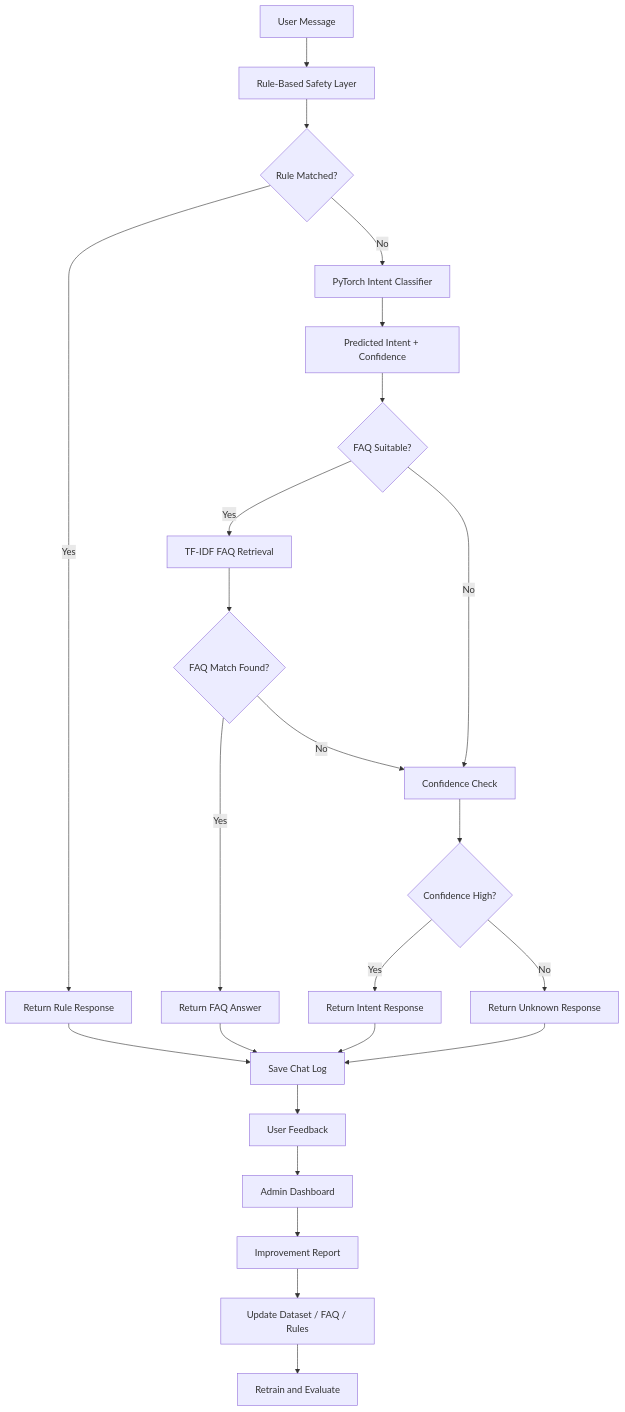
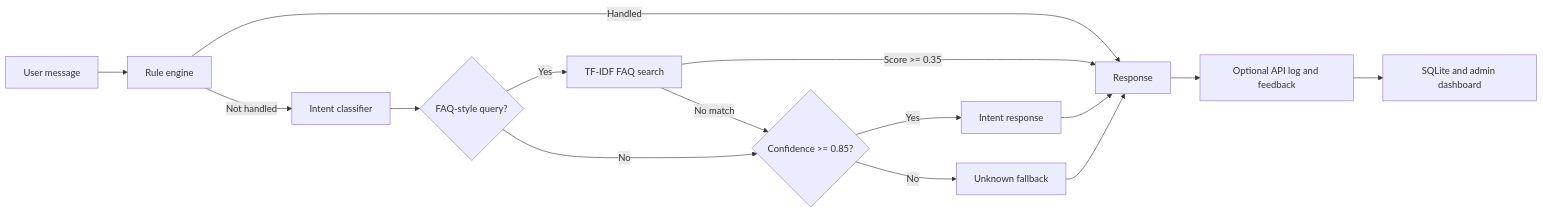
One commit to falsii/NLP-chatbot changed the diagram in README.md. Above: the diagram before and after it, drawn with Mermaid. The commit also changed other lines of this file, not shown here.

````diff
--- a/README.md
+++ b/README.md
@@ -71,30 +18,17 @@
 ```mermaid
-flowchart TD
-    A[User Message] --> B[Rule-Based Safety Layer]
-    B --> C{Rule Matched?}
-    C -->|Yes| D[Return Rule Response]
-    C -->|No| E[PyTorch Intent Classifier]
-
-    E --> F[Predicted Intent + Confidence]
-    F --> G{FAQ Suitable?}
-    G -->|Yes| H[TF-IDF FAQ Retrieval]
-    H --> I{FAQ Match Found?}
-    I -->|Yes| J[Return FAQ Answer]
-    I -->|No| K[Confidence Check]
-
-    G -->|No| K
-    K --> L{Confidence High?}
-    L -->|Yes| M[Return Intent Response]
-    L -->|No| N[Return Unknown Response]
-
-    D --> O[Save Chat Log]
-    J --> O
-    M --> O
-    N --> O
-
-    O --> P[User Feedback]
-    P --> Q[Admin Dashboard]
-    Q --> R[Improvement Report]
-    R --> S[Update Dataset / FAQ / Rules]
-    S --> T[Retrain and Evaluate]
+flowchart LR
+    A[User message] --> B[Rule engine]
+    B -->|Handled| G[Response]
+    B -->|Not handled| C[Intent classifier]
+    C --> D{FAQ-style query?}
+    D -->|Yes| E[TF-IDF FAQ search]
+    E -->|Score >= 0.35| G
+    E -->|No match| F{Confidence >= 0.85?}
+    D -->|No| F
+    F -->|Yes| H[Intent response]
+    F -->|No| I[Unknown fallback]
+    H --> G
+    I --> G
+    G --> J[Optional API log and feedback]
+    J --> K[SQLite and admin dashboard]
 ```
````
